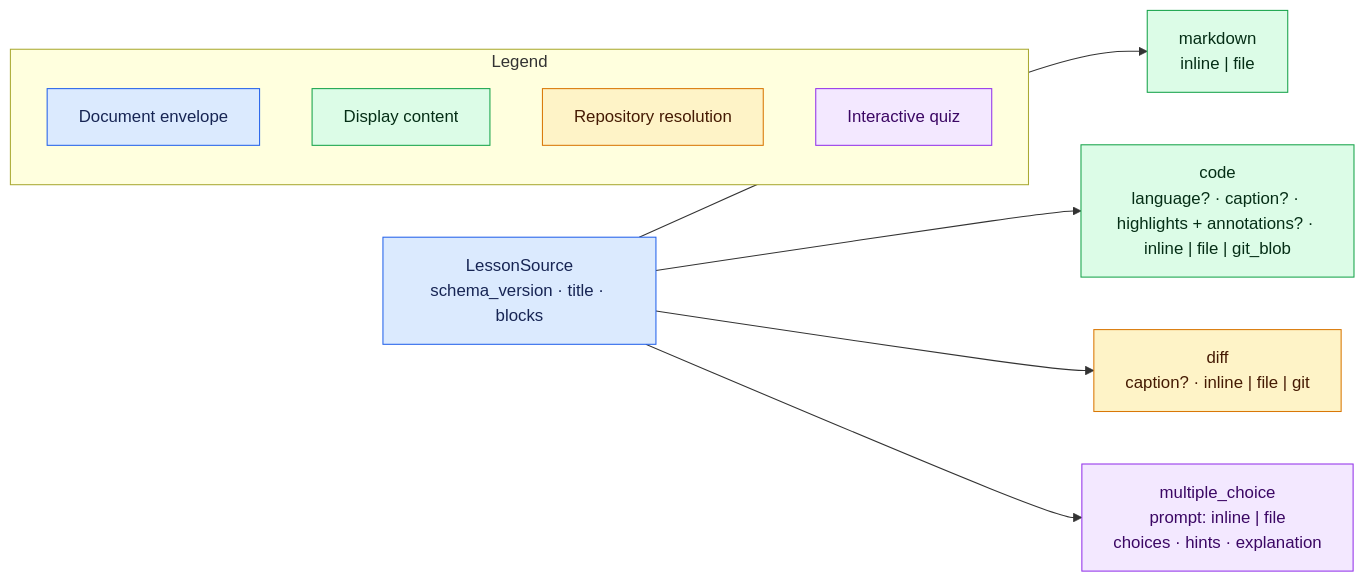
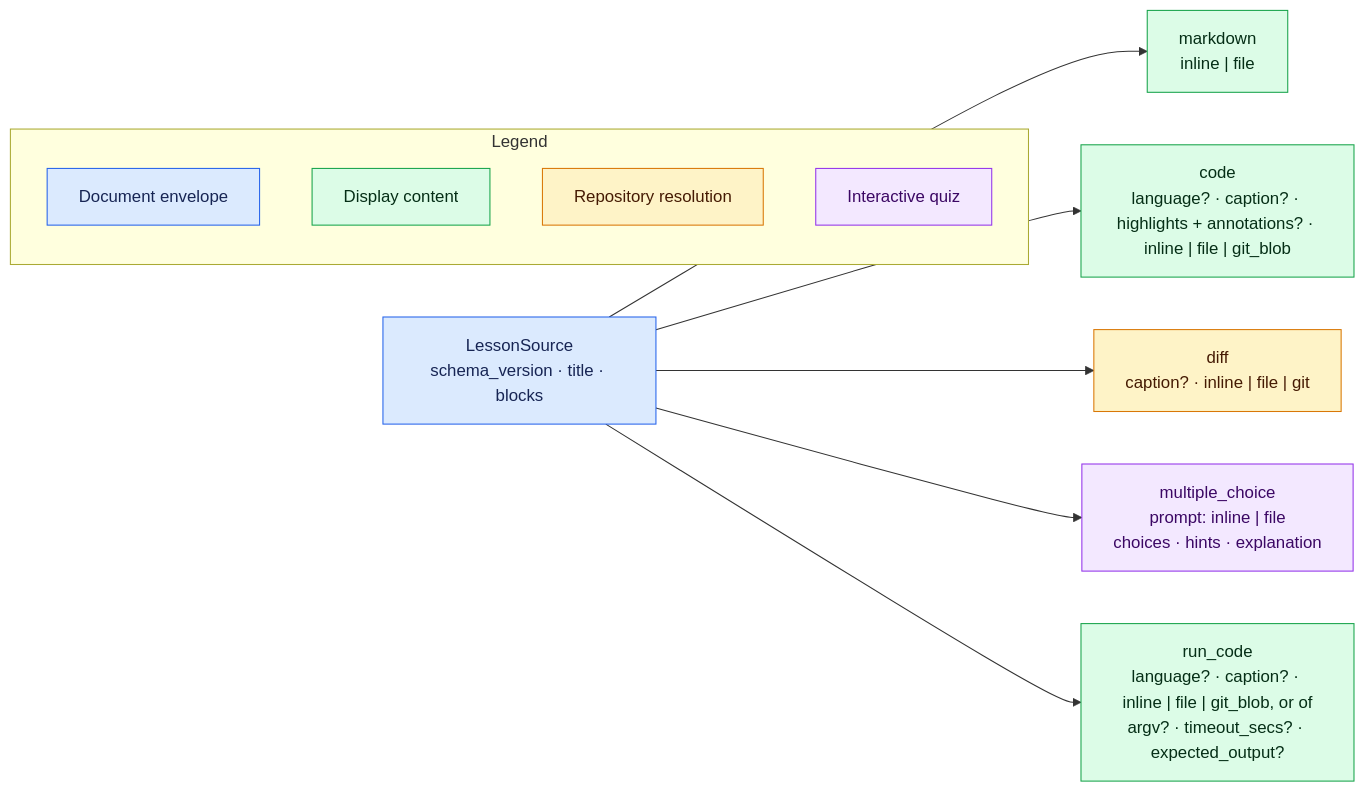
One commit to negative-nilgiri/teacher changed the diagram in docs/AUTHORING.md. Above: the diagram before and after it, drawn with Mermaid. The commit also changed other lines of this file and 27 other files, not shown here.

````diff
--- a/docs/AUTHORING.md
+++ b/docs/AUTHORING.md
@@ -31,20 +31,21 @@
 ```mermaid
 flowchart LR
     L["LessonSource<br/>schema_version · title · blocks"]:::envelope
     L --> M["markdown<br/>inline | file"]:::content
     L --> C["code<br/>language? · caption? · highlights + annotations? · inline | file | git_blob"]:::content
     L --> D["diff<br/>caption? · inline | file | git"]:::repository
     L --> Q["multiple_choice<br/>prompt: inline | file<br/>choices · hints · explanation"]:::quiz
+    L --> R["run_code<br/>language? · caption? · inline | file | git_blob, or of<br/>argv? · timeout_secs? · expected_output?"]:::content
 
     subgraph Legend
       LE["Document envelope"]:::envelope
       LC["Display content"]:::content
       LR["Repository resolution"]:::repository
       LQ["Interactive quiz"]:::quiz
     end
 
     classDef envelope fill:#dbeafe,stroke:#2563eb,color:#172554
     classDef content fill:#dcfce7,stroke:#16a34a,color:#052e16
     classDef repository fill:#fef3c7,stroke:#d97706,color:#451a03
     classDef quiz fill:#f3e8ff,stroke:#9333ea,color:#3b0764
 ```
````
